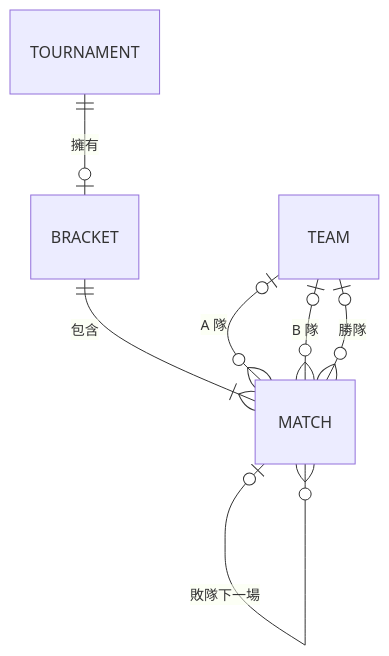
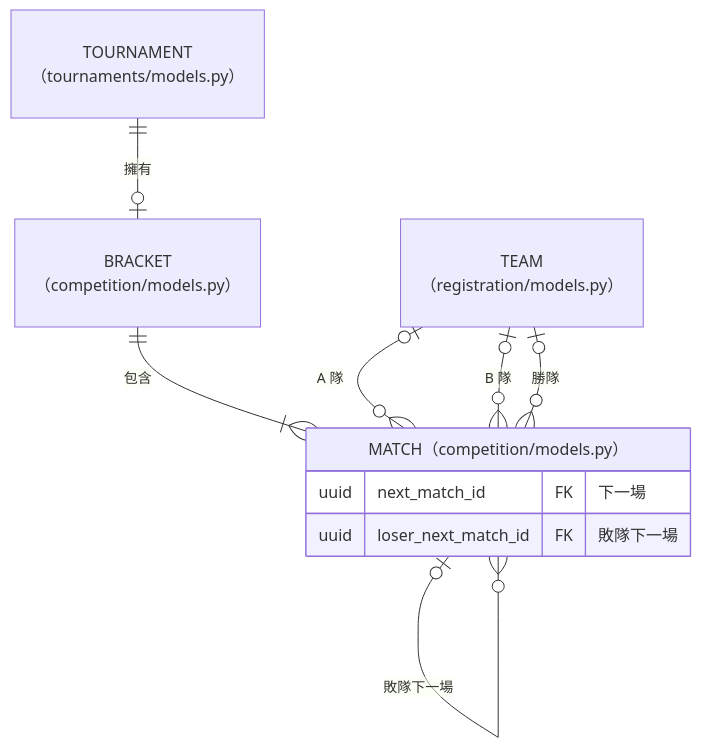
One commit to Team14good/esport-platform changed the eighth of 19 diagrams in docs/midterm/B-軟體需求分析文件.md. Above: the diagram before and after it, drawn with Mermaid. The commit also changed other lines of this file and 15 other files, not shown here.

First line of the commit message:
docs: 圖上標註對應的程式檔、函式與使用案例編號 (#91)

````diff
--- a/docs/midterm/B-軟體需求分析文件.md
+++ b/docs/midterm/B-軟體需求分析文件.md
@@ -732,10 +747,17 @@
 ```mermaid
 erDiagram
+  TOURNAMENT["TOURNAMENT（tournaments/models.py）"]
+  BRACKET["BRACKET（competition/models.py）"]
+  MATCH["MATCH（competition/models.py）"] {
+    uuid next_match_id FK "下一場"
+    uuid loser_next_match_id FK "敗隊下一場"
+  }
+  TEAM["TEAM（registration/models.py）"]
   TOURNAMENT ||--o| BRACKET : "擁有"
   BRACKET ||--|{ MATCH : "包含"
   TEAM |o--o{ MATCH : "A 隊"
   TEAM |o--o{ MATCH : "B 隊"
   TEAM |o--o{ MATCH : "勝隊"
   MATCH |o--o{ MATCH : "下一場"
   MATCH |o--o{ MATCH : "敗隊下一場"
 ```
````
